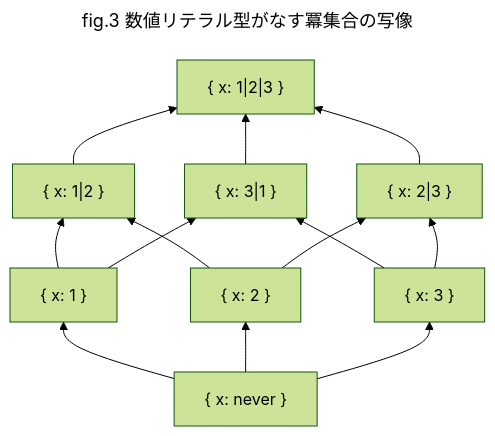
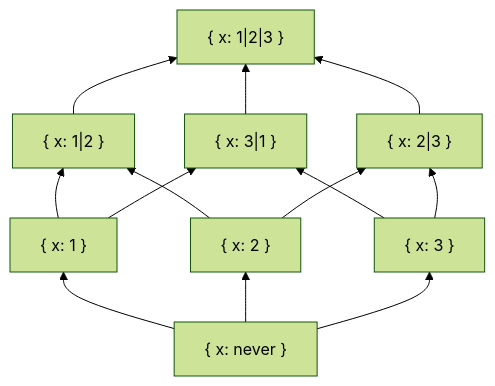
One commit to yo-goto/zenn-public-repo changed the sixth of 14 diagrams in books/algebraic-subtyping-models/6-ast-set-theoretic-model.md. Above: the diagram before and after it, drawn with Mermaid (forest theme). The commit also changed other lines of this file, not shown here.

Commit message:
🐛 fix(chapter): 集合論の章でmermaidグラフからタイトルを除去(数字管理が面倒なので)

````diff
--- a/books/algebraic-subtyping-models/6-ast-set-theoretic-model.md
+++ b/books/algebraic-subtyping-models/6-ast-set-theoretic-model.md
@@ -375,22 +366,19 @@
 ```mermaid
----
-title: fig.3 数値リテラル型がなす冪集合の写像
----
 graph BT
   B["{ x: never }"]
   X["{ x: 1 }"]
   Y["{ x: 2 }"]
   Z["{ x: 3 }"]
   XY["{ x: 1|2 }"]
   ZX["{ x: 3|1 }"]
   YZ["{ x: 2|3 }"]
   T["{ x: 1|2|3 }"]
   B --> X & Y & Z
   X --> XY
   Y --> XY
   Z --> ZX
   Y --> YZ
   X --> ZX
   Z --> YZ
   XY & YZ & ZX --> T
 ```
````
